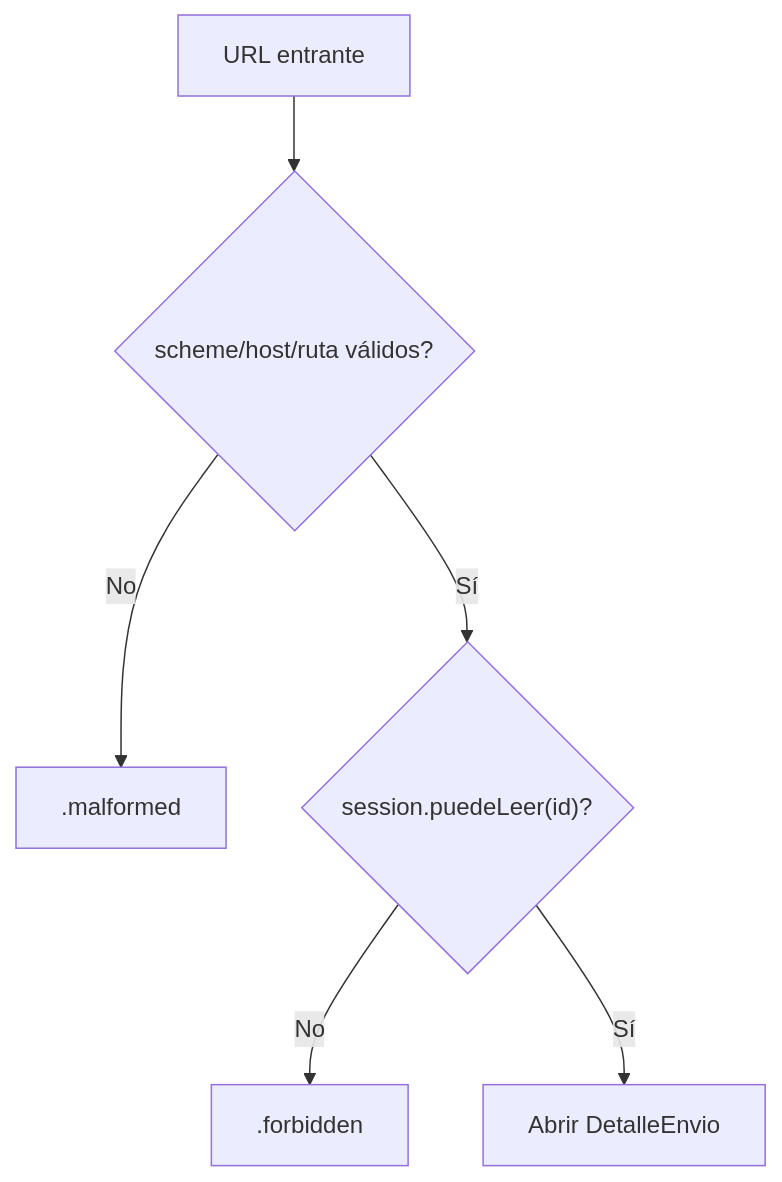
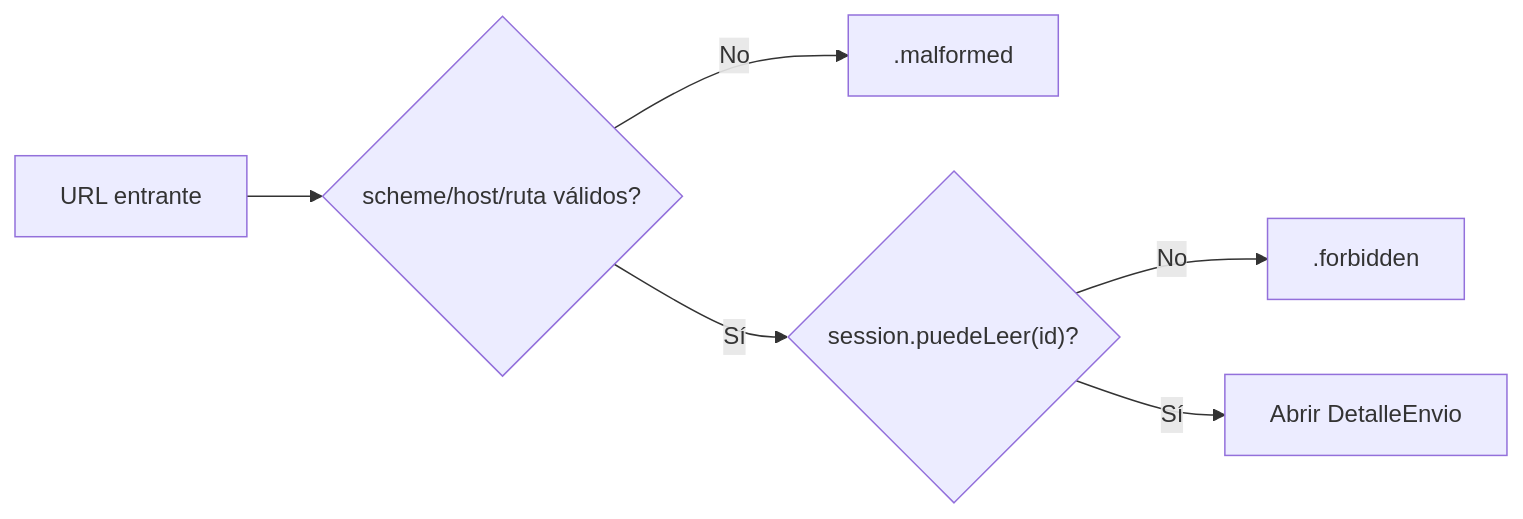
The first of 4 diagrams in web/public/content/ios/modulo-13.md (NICORUIZ93/The_Imperial_Book), drawn with Mermaid before and after one commit. The commit also changed 19 other files, not shown here.

First line of the commit message:
fix(lector): completar las fichas de sesión y ampliar diagramas ilegibles

````diff
--- a/web/public/content/ios/modulo-13.md
+++ b/web/public/content/ios/modulo-13.md
@@ -57,8 +57,8 @@
 ```mermaid
-flowchart TD
+flowchart LR
     A["URL entrante"] --> B{"scheme/host/ruta válidos?"}
     B -->|No| C[".malformed"]
     B -->|Sí| D{"session.puedeLeer(id)?"}
     D -->|No| E[".forbidden"]
     D -->|Sí| F["Abrir DetalleEnvio"]
 ```
````
